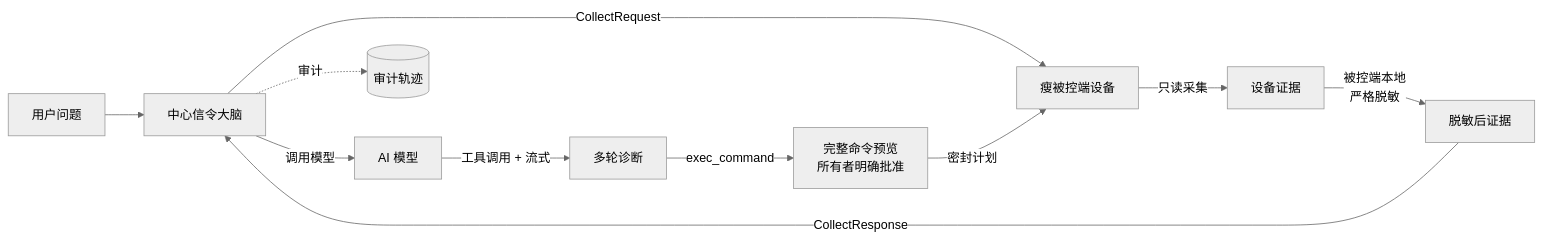
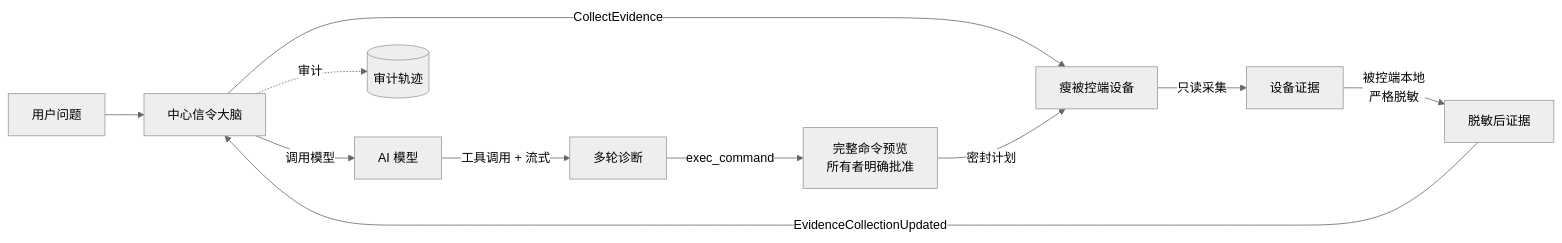
Before and after one commit to lcxl-remote/lcxl-remote-desk-web: the diagram in docs/zh/features/ai-diagnostics.md, drawn with Mermaid (neutral theme). The commit also changed 157 other files, not shown here.

Commit message:
refactor: normalize signaling request and response types

````diff
--- a/docs/zh/features/ai-diagnostics.md
+++ b/docs/zh/features/ai-diagnostics.md
@@ -13,13 +13,13 @@
 ```mermaid
 graph LR
     user[用户问题] --> central[中心信令大脑]
-    central -->|CollectRequest| edge[瘦被控端设备]
+    central -->|CollectEvidence| edge[瘦被控端设备]
     edge -->|只读采集| evidence[设备证据]
     evidence -->|被控端本地<br/>严格脱敏| redacted[脱敏后证据]
-    redacted -->|CollectResponse| central
+    redacted -->|EvidenceCollectionUpdated| central
     central -->|调用模型| model[AI 模型]
     model -->|工具调用 + 流式| diag[多轮诊断]
     diag -->|exec_command| approve[完整命令预览<br/>所有者明确批准]
     approve -->|密封计划| edge
     central -.审计.-> audit[(审计轨迹)]
 ```
````
